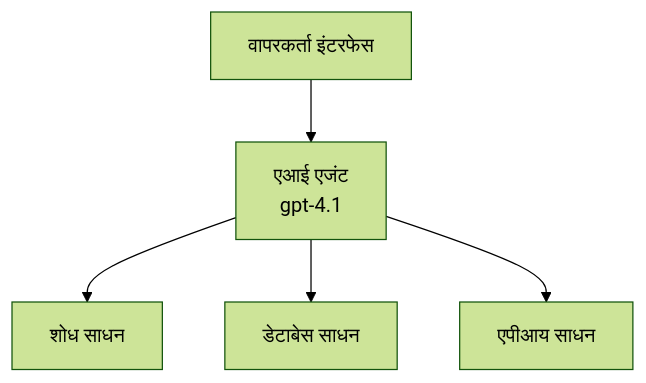
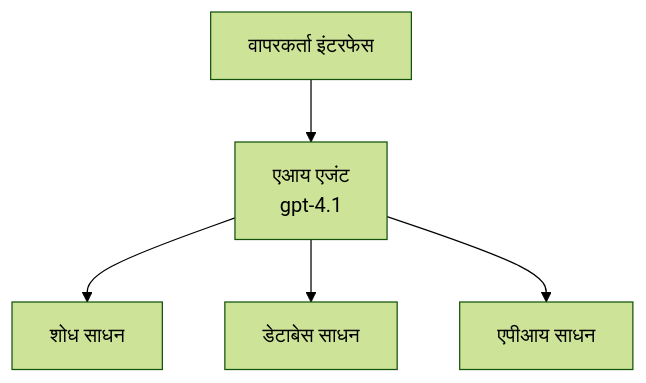
The first of 3 diagrams in translations/mr/docs/chapter-02-ai-development/agents.md (microsoft/AZD-for-beginners), drawn with Mermaid (forest theme) before and after one commit. The commit also changed other lines of this file and 101 other files, not shown here.

````diff
--- a/translations/mr/docs/chapter-02-ai-development/agents.md
+++ b/translations/mr/docs/chapter-02-ai-development/agents.md
@@ -152,7 +157,7 @@
 ```mermaid
 graph TD
-    UI[वापरकर्ता इंटरफेस] --> Agent[एआई एजंट<br/>gpt-4.1]
+    UI[वापरकर्ता इंटरफेस] --> Agent[एआय एजंट<br/>gpt-4.1]
     Agent --> Search[शोध साधन]
     Agent --> Database[डेटाबेस साधन]
     Agent --> API[एपीआय साधन]
 ```
````
